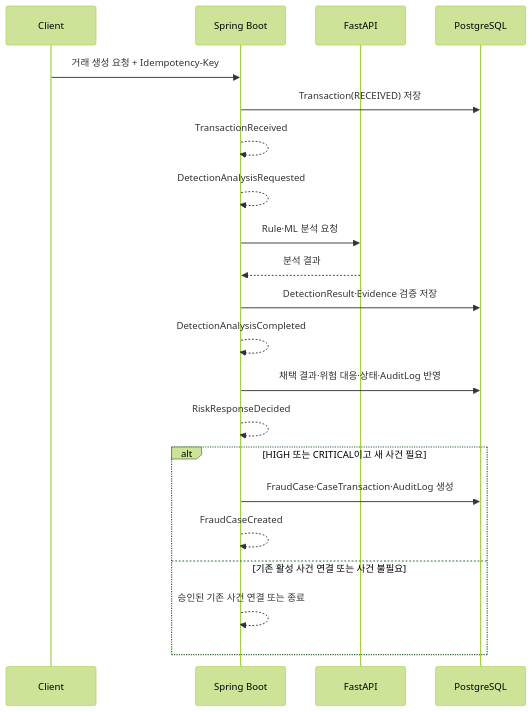
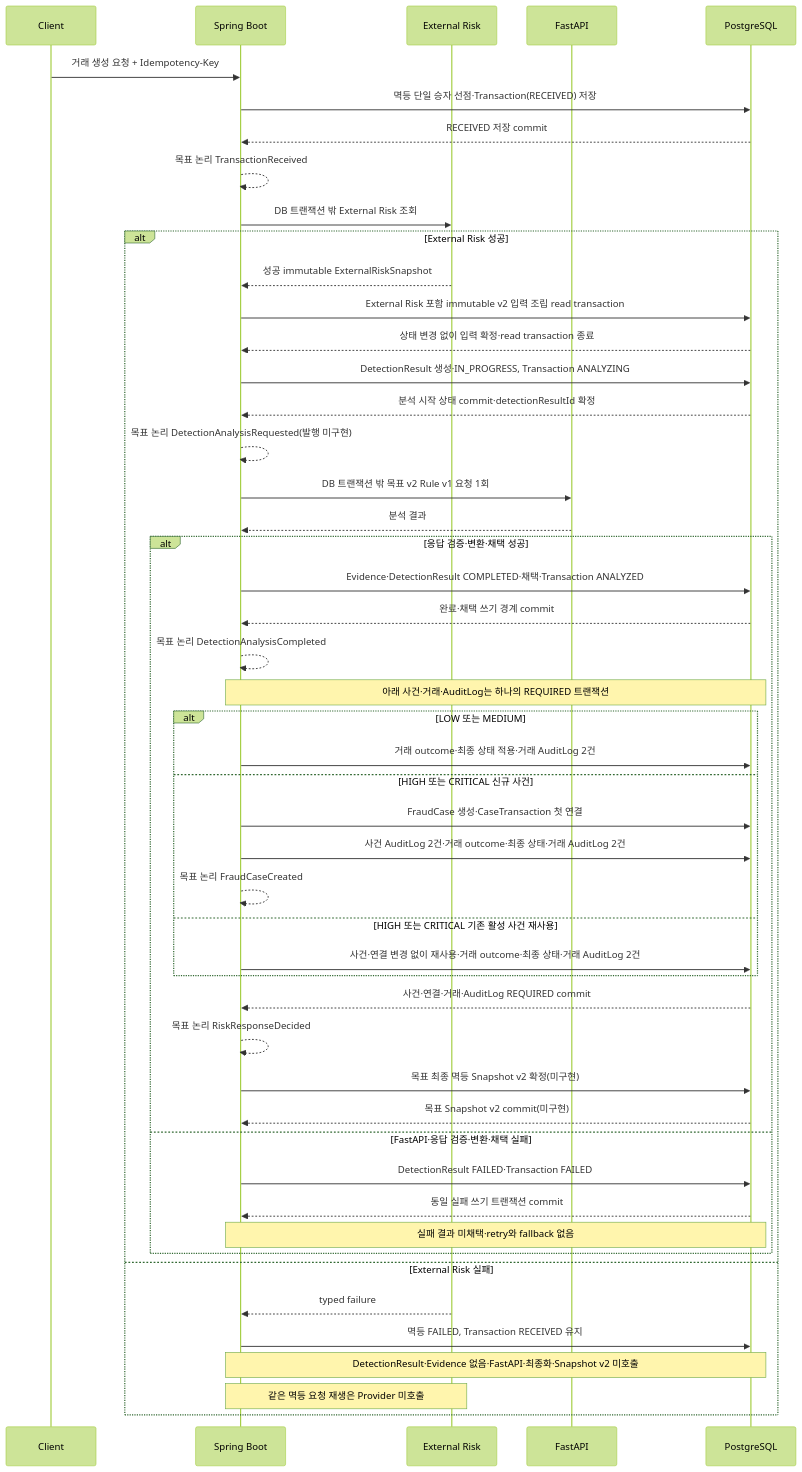
The first of 6 diagrams in docs/03-api/domain-event-contracts.md (Ahnjisan/FinGuardOps), drawn with Mermaid (forest theme) before and after one commit. The commit also changed other lines of this file and 16 other files, not shown here.

Commit message:
docs: define external risk rule analysis input contract (#160)

````diff
--- a/docs/03-api/domain-event-contracts.md
+++ b/docs/03-api/domain-event-contracts.md
@@ -453,24 +456,52 @@
 ```mermaid
 sequenceDiagram
     participant Client
     participant Spring as Spring Boot
+    participant Risk as External Risk
     participant FastAPI
     participant DB as PostgreSQL
 
     Client->>Spring: 거래 생성 요청 + Idempotency-Key
-    Spring->>DB: Transaction(RECEIVED) 저장
-    Spring-->>Spring: TransactionReceived
-    Spring-->>Spring: DetectionAnalysisRequested
-    Spring->>FastAPI: Rule·ML 분석 요청
-    FastAPI-->>Spring: 분석 결과
-    Spring->>DB: DetectionResult·Evidence 검증 저장
-    Spring-->>Spring: DetectionAnalysisCompleted
-    Spring->>DB: 채택 결과·위험 대응·상태·AuditLog 반영
-    Spring-->>Spring: RiskResponseDecided
-    alt HIGH 또는 CRITICAL이고 새 사건 필요
-        Spring->>DB: FraudCase·CaseTransaction·AuditLog 생성
-        Spring-->>Spring: FraudCaseCreated
-    else 기존 활성 사건 연결 또는 사건 불필요
-        Spring-->>Spring: 승인된 기존 사건 연결 또는 종료
+    Spring->>DB: 멱등 단일 승자 선점·Transaction(RECEIVED) 저장
+    DB-->>Spring: RECEIVED 저장 commit
+    Spring-->>Spring: 목표 논리 TransactionReceived
+    Spring->>Risk: DB 트랜잭션 밖 External Risk 조회
+    alt External Risk 성공
+        Risk-->>Spring: 성공 immutable ExternalRiskSnapshot
+        Spring->>DB: External Risk 포함 immutable v2 입력 조립 read transaction
+        DB-->>Spring: 상태 변경 없이 입력 확정·read transaction 종료
+        Spring->>DB: DetectionResult 생성·IN_PROGRESS, Transaction ANALYZING
+        DB-->>Spring: 분석 시작 상태 commit·detectionResultId 확정
+        Spring-->>Spring: 목표 논리 DetectionAnalysisRequested(발행 미구현)
+        Spring->>FastAPI: DB 트랜잭션 밖 목표 v2 Rule v1 요청 1회
+        FastAPI-->>Spring: 분석 결과
+        alt 응답 검증·변환·채택 성공
+            Spring->>DB: Evidence·DetectionResult COMPLETED·채택·Transaction ANALYZED
+            DB-->>Spring: 완료·채택 쓰기 경계 commit
+            Spring-->>Spring: 목표 논리 DetectionAnalysisCompleted
+            Note over Spring,DB: 아래 사건·거래·AuditLog는 하나의 REQUIRED 트랜잭션
+            alt LOW 또는 MEDIUM
+                Spring->>DB: 거래 outcome·최종 상태 적용·거래 AuditLog 2건
+            else HIGH 또는 CRITICAL 신규 사건
+                Spring->>DB: FraudCase 생성·CaseTransaction 첫 연결
+                Spring->>DB: 사건 AuditLog 2건·거래 outcome·최종 상태·거래 AuditLog 2건
+                Spring-->>Spring: 목표 논리 FraudCaseCreated
+            else HIGH 또는 CRITICAL 기존 활성 사건 재사용
+                Spring->>DB: 사건·연결 변경 없이 재사용·거래 outcome·최종 상태·거래 AuditLog 2건
+            end
+            DB-->>Spring: 사건·연결·거래·AuditLog REQUIRED commit
+            Spring-->>Spring: 목표 논리 RiskResponseDecided
+            Spring->>DB: 목표 최종 멱등 Snapshot v2 확정(미구현)
+            DB-->>Spring: 목표 Snapshot v2 commit(미구현)
+        else FastAPI·응답 검증·변환·채택 실패
+            Spring->>DB: DetectionResult FAILED·Transaction FAILED
+            DB-->>Spring: 동일 실패 쓰기 트랜잭션 commit
+            Note over Spring,DB: 실패 결과 미채택·retry와 fallback 없음
+        end
+    else External Risk 실패
+        Risk-->>Spring: typed failure
+        Spring->>DB: 멱등 FAILED, Transaction RECEIVED 유지
+        Note over Spring,DB: DetectionResult·Evidence 없음·FastAPI·최종화·Snapshot v2 미호출
+        Note over Spring,Risk: 같은 멱등 요청 재생은 Provider 미호출
     end
 ```
````
